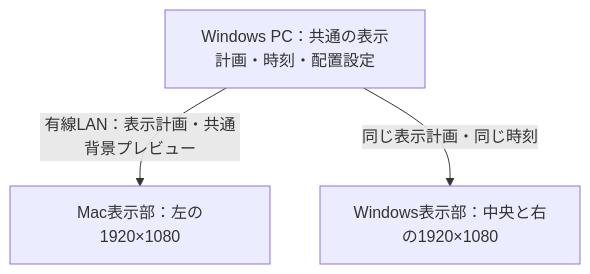
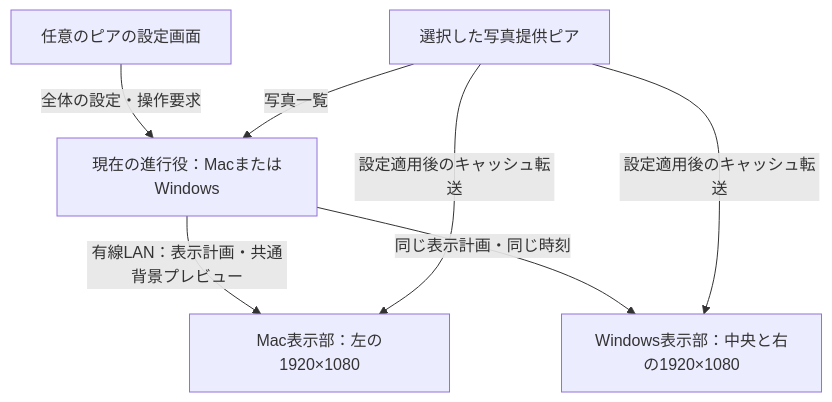
The diagram in docs/CROSS-PLATFORM-WALL-PLAN.md (mhanayama/dynamic-photo-wall), drawn with Mermaid before and after one commit. The commit also changed other lines of this file and 2 other files, not shown here.

````diff
--- a/docs/CROSS-PLATFORM-WALL-PLAN.md
+++ b/docs/CROSS-PLATFORM-WALL-PLAN.md
@@ -34,8 +40,14 @@
 ```mermaid
 flowchart TB
-    C[Windows PC：共通の表示計画・時刻・配置設定]
+    C[現在の進行役：MacまたはWindows]
+    U[任意のピアの設定画面]
+    P[選択した写真提供ピア]
     M[Mac表示部：左の1920×1080]
     W[Windows表示部：中央と右の1920×1080]
     C -->|有線LAN：表示計画・共通背景プレビュー| M
     C -->|同じ表示計画・同じ時刻| W
+    U -->|全体の設定・操作要求| C
+    P -->|写真一覧| C
+    P -->|設定適用後のキャッシュ転送| M
+    P -->|設定適用後のキャッシュ転送| W
 ```
````
